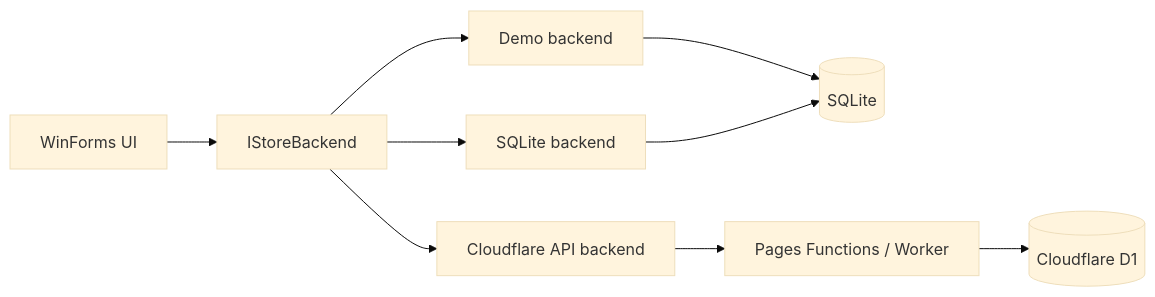
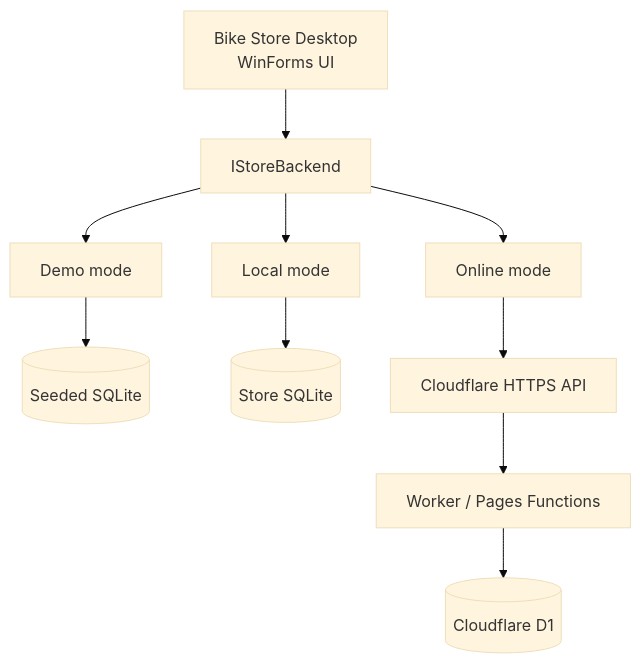
Before and after one commit to jason1511/Bike-STore-Project: the diagram in README.md, drawn with Mermaid (base theme).

Commit message:
Fix GitHub architecture diagram rendering

````diff
--- a/README.md
+++ b/README.md
@@ -72,11 +72,25 @@
 ```mermaid
-flowchart LR
-    UI[WinForms UI] --> Contract[IStoreBackend]
-    Contract --> Demo[Demo backend]
-    Contract --> Local[SQLite backend]
-    Contract --> Cloud[Cloudflare API backend]
-    Demo --> SQLite[(SQLite)]
-    Local --> SQLite
-    Cloud --> Worker[Pages Functions / Worker]
-    Worker --> D1[(Cloudflare D1)]
+flowchart TD
+    desktop["Bike Store Desktop<br/>WinForms UI"]
+    backend["IStoreBackend"]
+
+    demo["Demo mode"]
+    local["Local mode"]
+    online["Online mode"]
+
+    demoDb[("Seeded SQLite")]
+    localDb[("Store SQLite")]
+    api["Cloudflare HTTPS API"]
+    worker["Worker / Pages Functions"]
+    cloudDb[("Cloudflare D1")]
+
+    desktop --> backend
+    backend --> demo
+    backend --> local
+    backend --> online
+    demo --> demoDb
+    local --> localDb
+    online --> api
+    api --> worker
+    worker --> cloudDb
 ```
````
